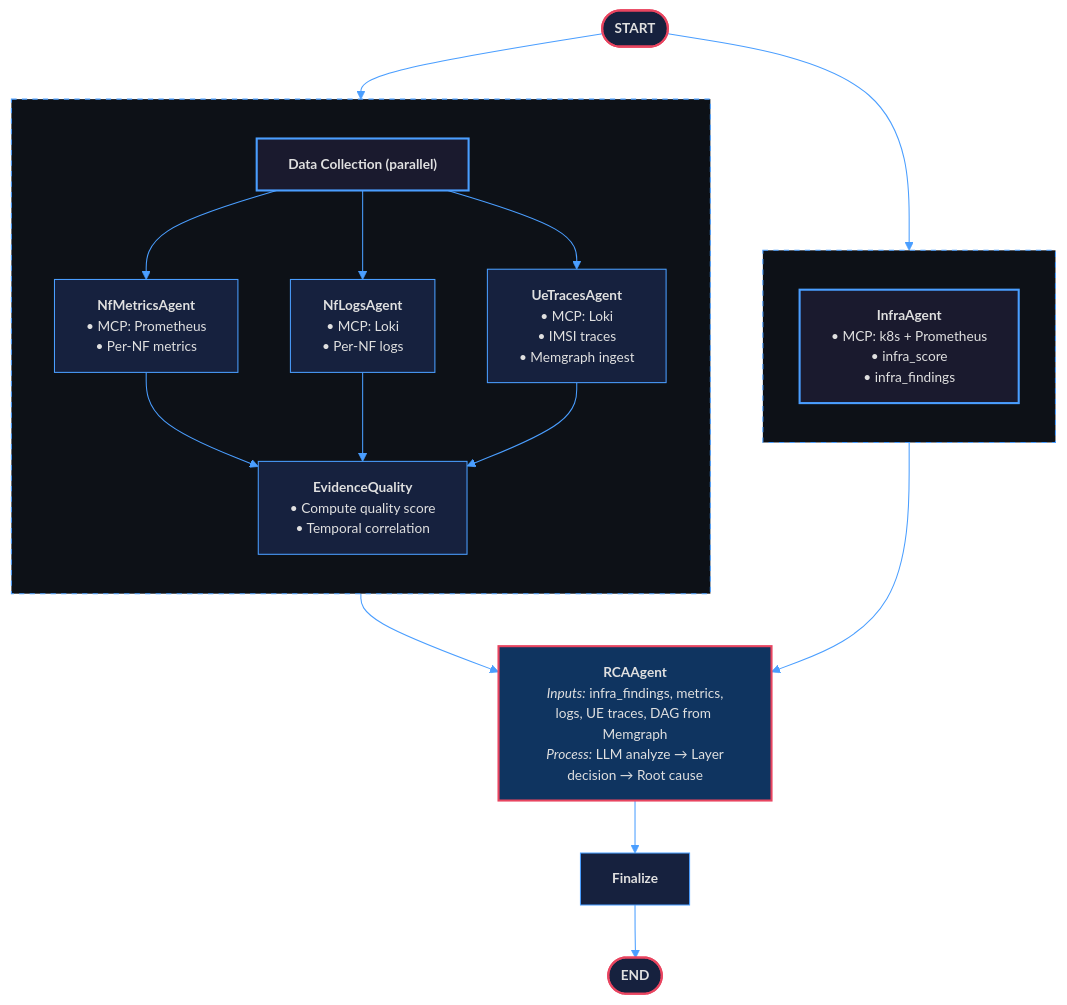
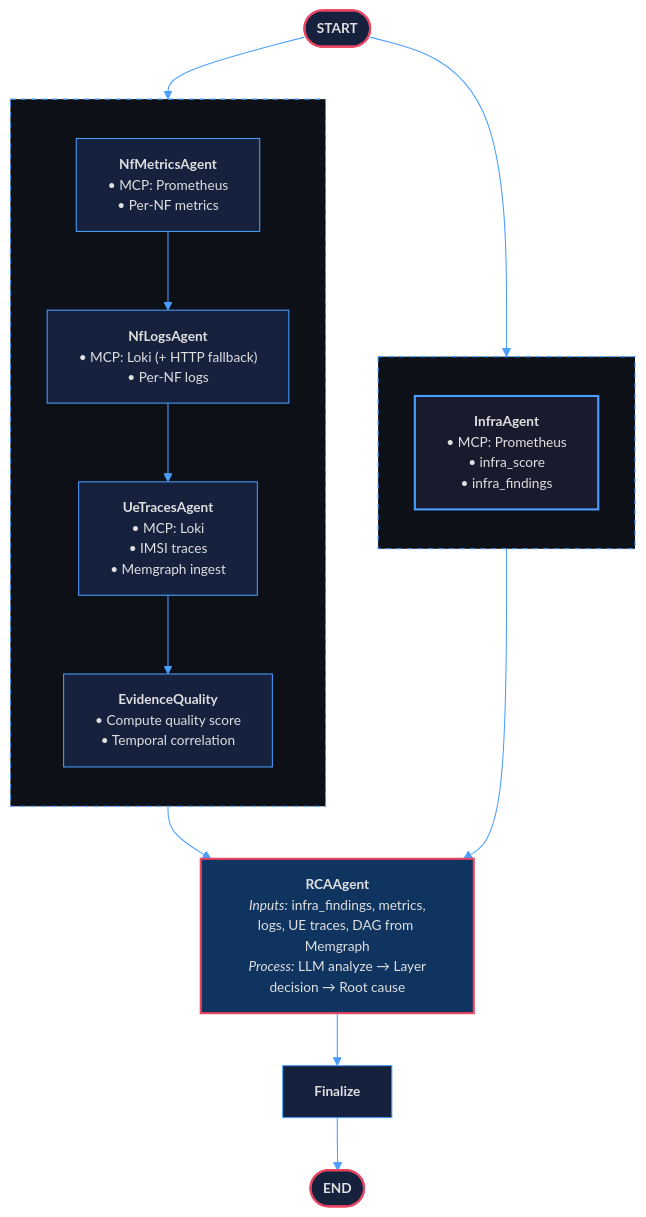
One commit to skapoula/5g-triage-agent changed the diagram in docs/state_flow_diagram.mermaid. Above: the diagram before and after it, drawn with Mermaid. The commit also changed 2 other files, not shown here.

Commit message:
docs: align architecture doc and diagrams with v3.2 implementation
- Replace §4.2 TODO with actual LangGraph node/edge definition from graph.py
- Fix §2.1 and §4.1 Mermaid diagrams: data collection is sequential
  (metrics → logs → traces → evidence_quality), not a parallel fan-out
- Fix state_flow_diagram.mermaid and workflow_diagram.mermaid to match
- Add stub caveat to §3.1.1: InfraAgent MCP Prometheus query is currently
  stubbed, so infra_score is always 0.0 until wired
- Retitle §3.3 from "Parallel Execution" to "Sequential Data Collection"
- Update §3.3.2 NfLogsAgent: two-path MCP + direct Loki HTTP fallback
- Update §3.3.3 UeTracesAgent: same two-path architecture, runs after
  NfLogsAgent (not from START), correcting trigger and LLM Calls fields
- Fix §3.1 trigger: parallel with NfMetricsAgent only, not all data agents
- Mark observability/alerting.py and observability/feedback.py as planned
- Update §7.1: K8s API MCP server marked as planned; correct Prometheus
  and Loki default endpoints to match config.py cluster-internal addresses

```diff
--- a/docs/state_flow_diagram.mermaid
+++ b/docs/state_flow_diagram.mermaid
@@ -1,38 +1,37 @@
 %%{init: {'theme': 'base', 'themeVariables': { 'primaryColor': '#1a1a2e', 'primaryTextColor': '#e0e0e0', 'primaryBorderColor': '#4a9eff', 'lineColor': '#4a9eff', 'secondaryColor': '#16213e', 'tertiaryColor': '#0f3460', 'background': '#0d1117', 'mainBkg': '#1a1a2e', 'nodeBorder': '#4a9eff', 'clusterBkg': '#16213e', 'clusterBorder': '#4a9eff', 'edgeLabelBackground': '#1a1a2e', 'fontFamily': 'Inter, Segoe UI, sans-serif', 'fontSize': '13px' }}}%%
 flowchart TD
-    START(["<b>START</b>"]) --> INFRA & DATA
+    START(["<b>START</b>"]) --> INFRA & M
 
     subgraph left ["&nbsp;"]
         direction TB
-        INFRA["<b>InfraAgent</b><br/>• MCP: k8s + Prometheus<br/>• infra_score<br/>• infra_findings"]
+        INFRA["<b>InfraAgent</b><br/>• MCP: Prometheus<br/>• infra_score<br/>• infra_findings"]
     end
 
     subgraph right ["&nbsp;"]
         direction TB
-        DATA["<b>Data Collection (parallel)</b>"]
-        DATA --> M["<b>NfMetricsAgent</b><br/>• MCP: Prometheus<br/>• Per-NF metrics"]
-        DATA --> L["<b>NfLogsAgent</b><br/>• MCP: Loki<br/>• Per-NF logs"]
-        DATA --> U["<b>UeTracesAgent</b><br/>• MCP: Loki<br/>• IMSI traces<br/>• Memgraph ingest"]
-        M & L & U --> EQ["<b>EvidenceQuality</b><br/>• Compute quality score<br/>• Temporal correlation"]
+        M["<b>NfMetricsAgent</b><br/>• MCP: Prometheus<br/>• Per-NF metrics"]
+        M --> L["<b>NfLogsAgent</b><br/>• MCP: Loki (+ HTTP fallback)<br/>• Per-NF logs"]
+        L --> U["<b>UeTracesAgent</b><br/>• MCP: Loki<br/>• IMSI traces<br/>• Memgraph ingest"]
+        U --> EQ["<b>EvidenceQuality</b><br/>• Compute quality score<br/>• Temporal correlation"]
     end
 
     INFRA --> RCA
     EQ --> RCA
 
     RCA["<b>RCAAgent</b><br/><i>Inputs:</i> infra_findings, metrics,<br/>logs, UE traces, DAG from Memgraph<br/><i>Process:</i> LLM analyze → Layer<br/>decision → Root cause"]
 
     RCA --> FIN["<b>Finalize</b>"]
     FIN --> END_NODE(["<b>END</b>"])
 
     style START fill:#16213e,stroke:#e94560,stroke-width:2px,color:#e0e0e0
     style INFRA fill:#1a1a2e,stroke:#4a9eff,stroke-width:2px,color:#e0e0e0
-    style DATA fill:#1a1a2e,stroke:#4a9eff,stroke-width:2px,color:#e0e0e0
+
     style M fill:#16213e,stroke:#4a9eff,stroke-width:1px,color:#e0e0e0
     style L fill:#16213e,stroke:#4a9eff,stroke-width:1px,color:#e0e0e0
     style U fill:#16213e,stroke:#4a9eff,stroke-width:1px,color:#e0e0e0
     style EQ fill:#16213e,stroke:#4a9eff,stroke-width:1px,color:#e0e0e0
     style RCA fill:#0f3460,stroke:#e94560,stroke-width:2px,color:#e0e0e0
     style FIN fill:#16213e,stroke:#4a9eff,stroke-width:1px,color:#e0e0e0
     style END_NODE fill:#16213e,stroke:#e94560,stroke-width:2px,color:#e0e0e0
     style left fill:#0d1117,stroke:#4a9eff,stroke-width:1px,stroke-dasharray: 5 5,color:#e0e0e0
     style right fill:#0d1117,stroke:#4a9eff,stroke-width:1px,stroke-dasharray: 5 5,color:#e0e0e0
```
